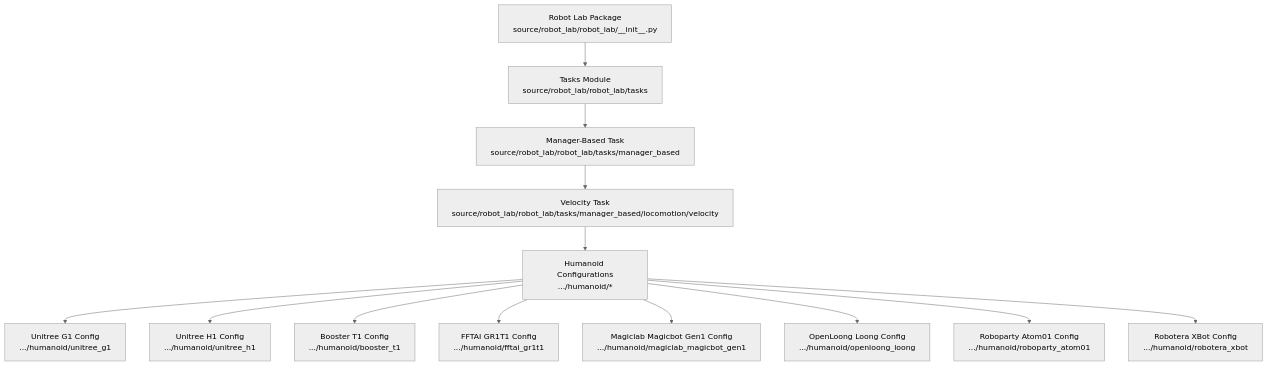
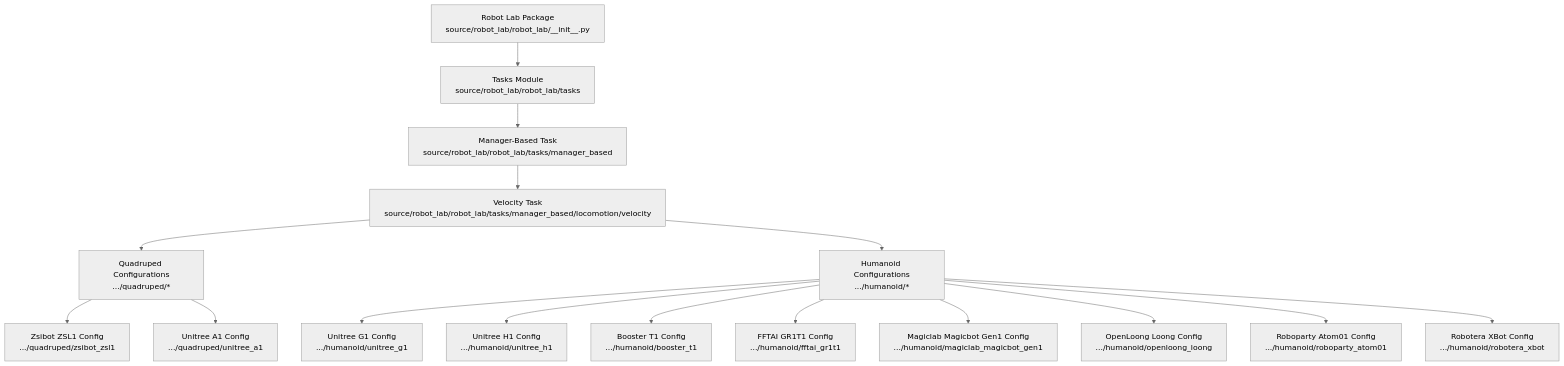
Before and after one commit to jayjayhust/robot_lab: the first of 4 diagrams in .qoder/repowiki/en/content/Environment System/Environment Registration Framework.md, drawn with Mermaid (neutral theme). The commit also changed other lines of this file and 21 other files, not shown here.

Commit message:
add stair config for zsl1

````diff
--- a/.qoder/repowiki/en/content/Environment System/Environment Registration Framework.md
+++ b/.qoder/repowiki/en/content/Environment System/Environment Registration Framework.md
@@ -35,28 +48,34 @@
 ```mermaid
 graph TB
 RL["Robot Lab Package<br/>source/robot_lab/robot_lab/__init__.py"]
 Tasks["Tasks Module<br/>source/robot_lab/robot_lab/tasks"]
 MB["Manager-Based Task<br/>source/robot_lab/robot_lab/tasks/manager_based"]
 Vel["Velocity Task<br/>source/robot_lab/robot_lab/tasks/manager_based/locomotion/velocity"]
+Quad["Quadruped Configurations<br/>.../quadruped/*"]
+ZSL1["Zsibot ZSL1 Config<br/>.../quadruped/zsibot_zsl1"]
+A1["Unitree A1 Config<br/>.../quadruped/unitree_a1"]
 Humanoid["Humanoid Configurations<br/>.../humanoid/*"]
 G1["Unitree G1 Config<br/>.../humanoid/unitree_g1"]
 H1["Unitree H1 Config<br/>.../humanoid/unitree_h1"]
 BT1["Booster T1 Config<br/>.../humanoid/booster_t1"]
 FGR1T1["FFTAI GR1T1 Config<br/>.../humanoid/fftai_gr1t1"]
 MMG1["Magiclab Magicbot Gen1 Config<br/>.../humanoid/magiclab_magicbot_gen1"]
 OLG["OpenLoong Loong Config<br/>.../humanoid/openloong_loong"]
 RPA["Roboparty Atom01 Config<br/>.../humanoid/roboparty_atom01"]
 REX["Robotera XBot Config<br/>.../humanoid/robotera_xbot"]
 RL --> Tasks
 Tasks --> MB
 MB --> Vel
+Vel --> Quad
 Vel --> Humanoid
+Quad --> ZSL1
+Quad --> A1
 Humanoid --> G1
 Humanoid --> H1
 Humanoid --> BT1
 Humanoid --> FGR1T1
 Humanoid --> MMG1
 Humanoid --> OLG
 Humanoid --> RPA
 Humanoid --> REX
 ```
````
